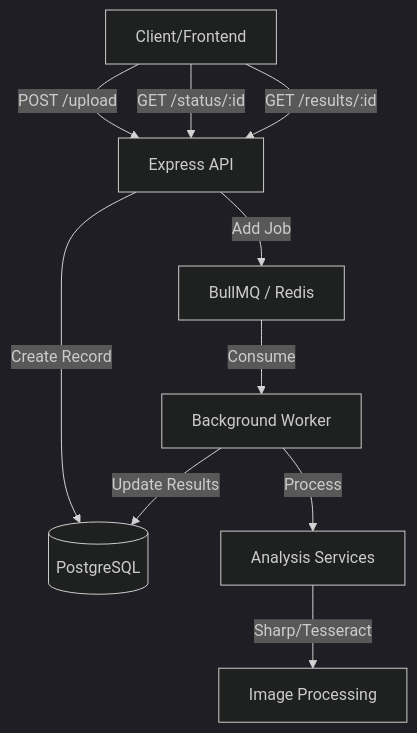
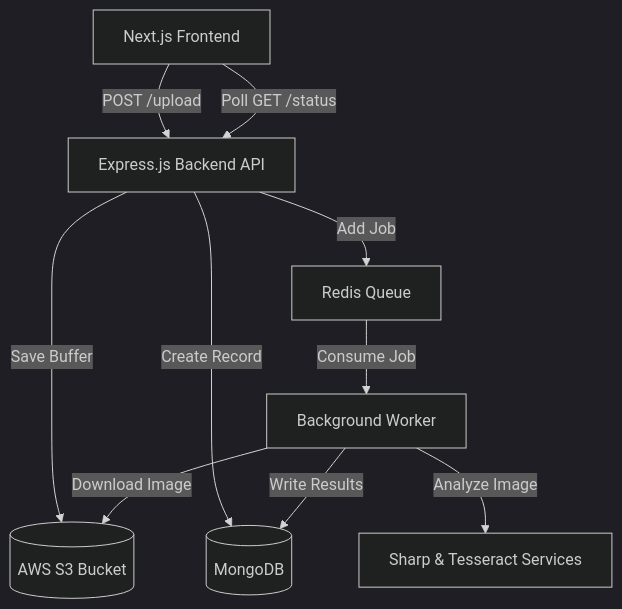
Before and after one commit to yogesh968/gingermedia: the diagram in README.md, drawn with Mermaid (dark theme). The commit also changed other lines of this file, not shown here.

````diff
--- a/README.md
+++ b/README.md
@@ -22,12 +40,14 @@
 ```mermaid
 graph TD
-    Client[Client/Frontend] -->|POST /upload| API[Express API]
-    API -->|Create Record| DB[(PostgreSQL)]
-    API -->|Add Job| Queue[BullMQ / Redis]
-    Queue -->|Consume| Worker[Background Worker]
-    Worker -->|Process| Analysis[Analysis Services]
-    Analysis -->|Sharp/Tesseract| Image[Image Processing]
-    Worker -->|Update Results| DB
-    Client -->|GET /status/:id| API
-    Client -->|GET /results/:id| API
+    UI[Next.js Frontend] -->|POST /upload| API[Express.js Backend API]
+    API -->|Save Buffer| S3[(AWS S3 Bucket)]
+    API -->|Create Record| DB[(MongoDB)]
+    API -->|Add Job| Queue[Redis Queue]
+    
+    Queue -->|Consume Job| Worker[Background Worker]
+    Worker -->|Download Image| S3
+    Worker -->|Analyze Image| AI[Sharp & Tesseract Services]
+    Worker -->|Write Results| DB
+    
+    UI -->|Poll GET /status| API
 ```
````
